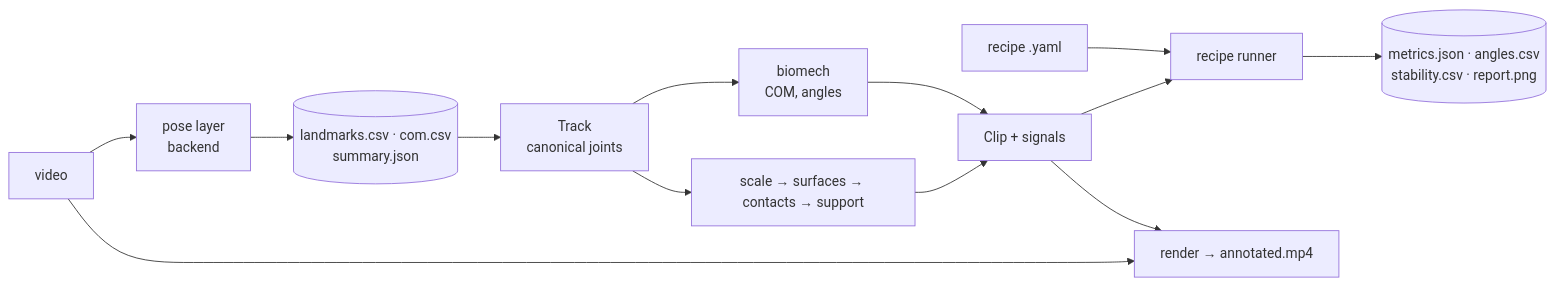
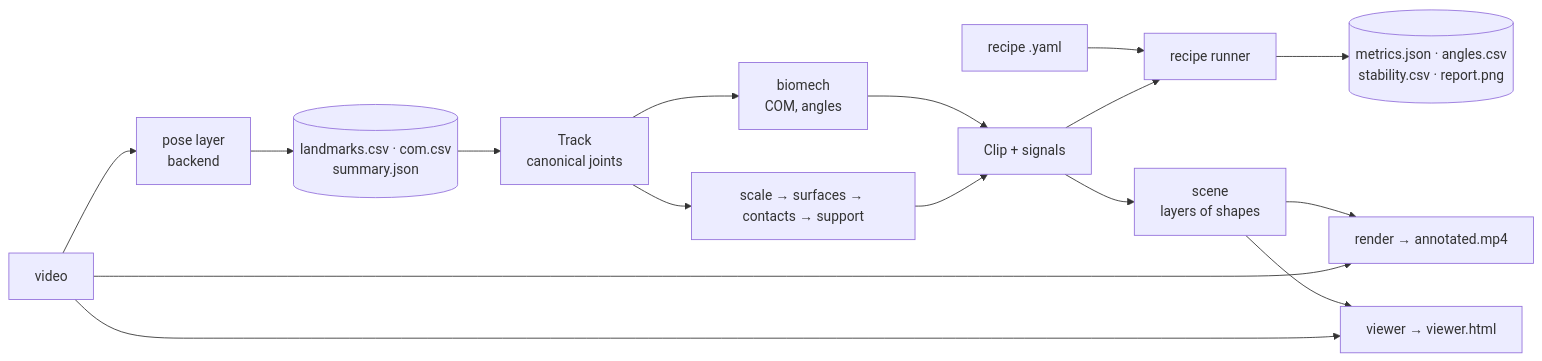
One commit to ruderad/ClimbVision changed the diagram in docs/GUIDE.md. Above: the diagram before and after it, drawn with Mermaid. The commit also changed other lines of this file and 5 other files, not shown here.

````diff
--- a/docs/GUIDE.md
+++ b/docs/GUIDE.md
@@ -1554,15 +1572,18 @@
 ```mermaid
 flowchart LR
   V[video] --> P[pose layer<br/>backend]
   P --> L[(landmarks.csv · com.csv<br/>summary.json)]
   L --> T[Track<br/>canonical joints]
   T --> B[biomech<br/>COM, angles]
   T --> S[scale → surfaces → contacts → support]
   B --> C[Clip + signals]
   S --> C
   Y[recipe .yaml] --> R[recipe runner]
   C --> R
   R --> O[(metrics.json · angles.csv<br/>stability.csv · report.png)]
-  C --> AV[render → annotated.mp4]
+  C --> SC[scene<br/>layers of shapes]
+  SC --> AV[render → annotated.mp4]
+  SC --> VW[viewer → viewer.html]
   V --> AV
+  V --> VW
 ```
````
